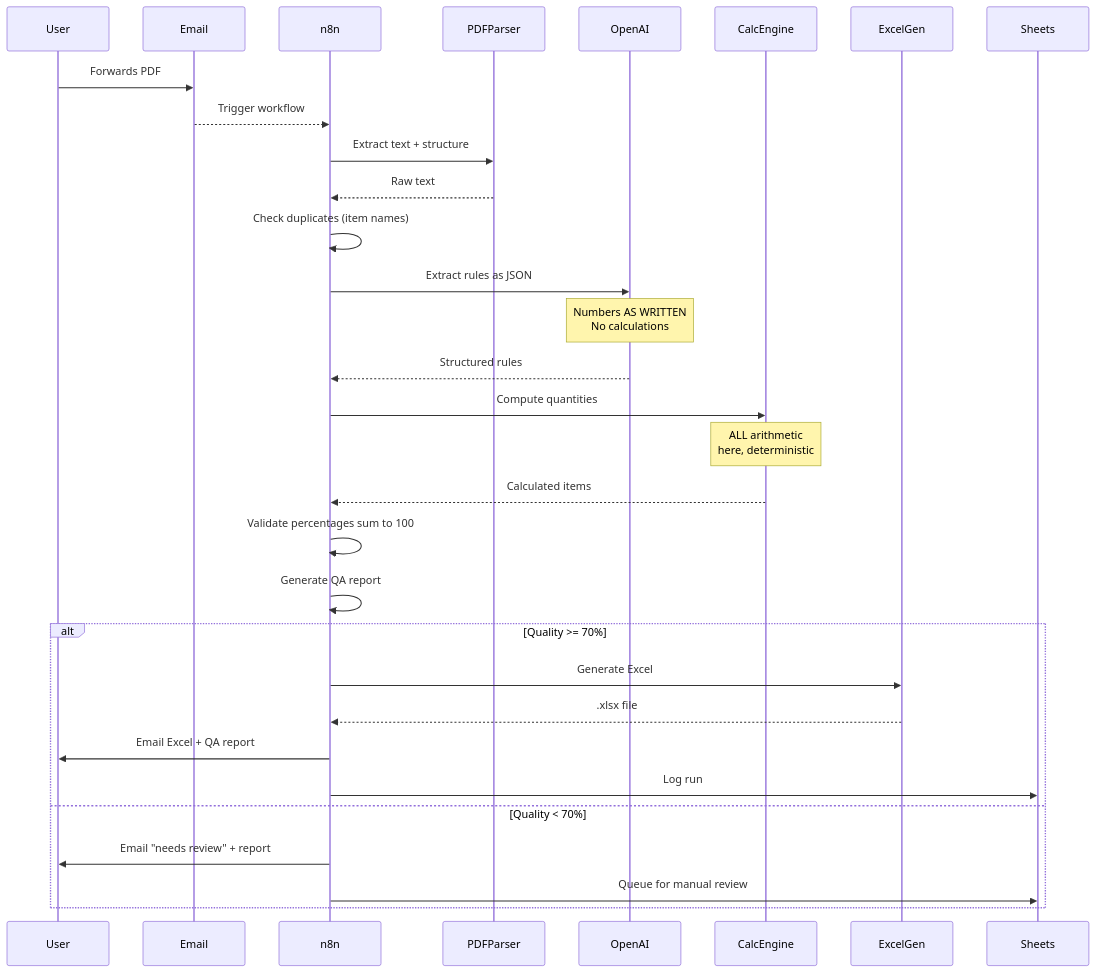
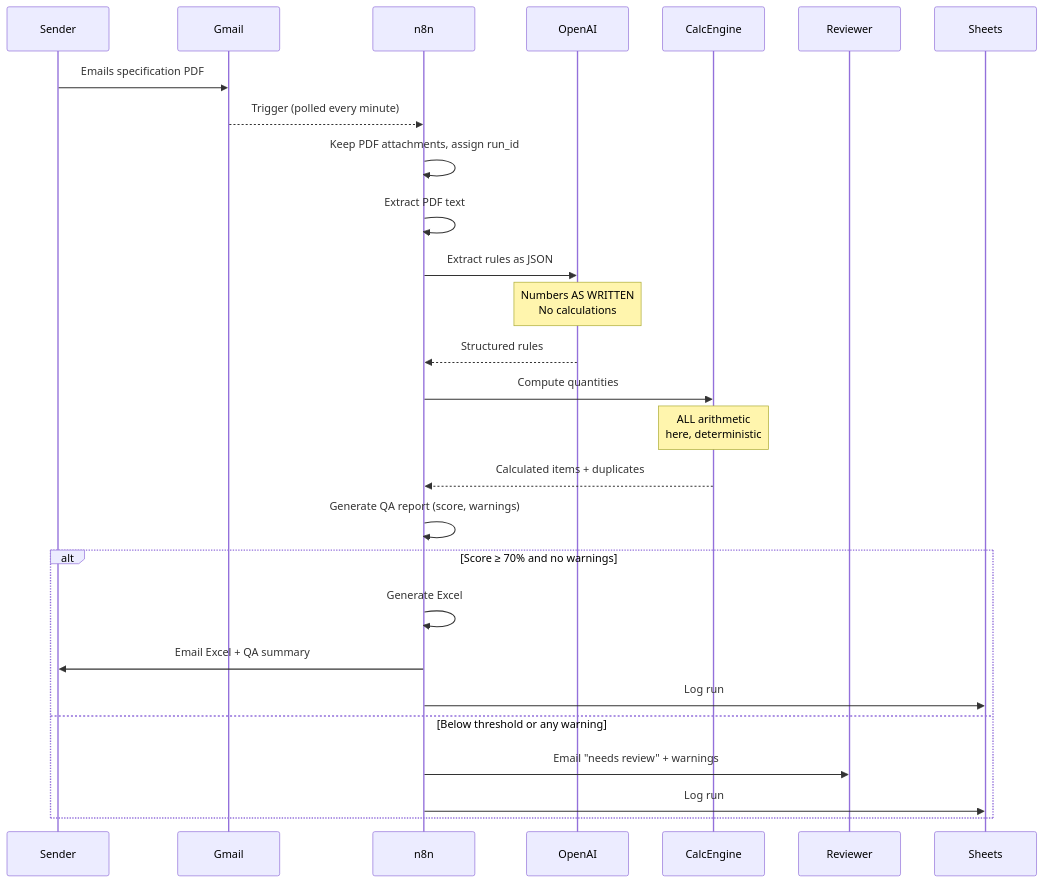
One commit to khaledabdelaziz1330-dot/Khaled-AI-Automation-Portfolio changed the third of 3 diagrams in document-automation-system/architecture.md. Above: the diagram before and after it, drawn with Mermaid. The commit also changed other lines of this file and 50 other files, not shown here.

````diff
--- a/document-automation-system/architecture.md
+++ b/document-automation-system/architecture.md
@@ -54,34 +53,30 @@
 ```mermaid
 sequenceDiagram
-    participant User
-    participant Email
+    participant Sender
+    participant Gmail
     participant n8n
-    participant PDFParser
     participant OpenAI
     participant CalcEngine
-    participant ExcelGen
+    participant Reviewer
     participant Sheets
-    
-    User->>Email: Forwards PDF
-    Email-->>n8n: Trigger workflow
-    n8n->>PDFParser: Extract text + structure
-    PDFParser-->>n8n: Raw text
-    n8n->>n8n: Check duplicates (item names)
+
+    Sender->>Gmail: Emails specification PDF
+    Gmail-->>n8n: Trigger (polled every minute)
+    n8n->>n8n: Keep PDF attachments, assign run_id
+    n8n->>n8n: Extract PDF text
     n8n->>OpenAI: Extract rules as JSON
     Note over OpenAI: Numbers AS WRITTEN<br/>No calculations
     OpenAI-->>n8n: Structured rules
     n8n->>CalcEngine: Compute quantities
     Note over CalcEngine: ALL arithmetic<br/>here, deterministic
-    CalcEngine-->>n8n: Calculated items
-    n8n->>n8n: Validate percentages sum to 100
-    n8n->>n8n: Generate QA report
-    alt Quality >= 70%
-        n8n->>ExcelGen: Generate Excel
-        ExcelGen-->>n8n: .xlsx file
-        n8n->>User: Email Excel + QA report
+    CalcEngine-->>n8n: Calculated items + duplicates
+    n8n->>n8n: Generate QA report (score, warnings)
+    alt Score ≥ 70% and no warnings
+        n8n->>n8n: Generate Excel
+        n8n->>Sender: Email Excel + QA summary
         n8n->>Sheets: Log run
-    else Quality < 70%
-        n8n->>User: Email "needs review" + report
-        n8n->>Sheets: Queue for manual review
+    else Below threshold or any warning
+        n8n->>Reviewer: Email "needs review" + warnings
+        n8n->>Sheets: Log run
     end
 ```
````
